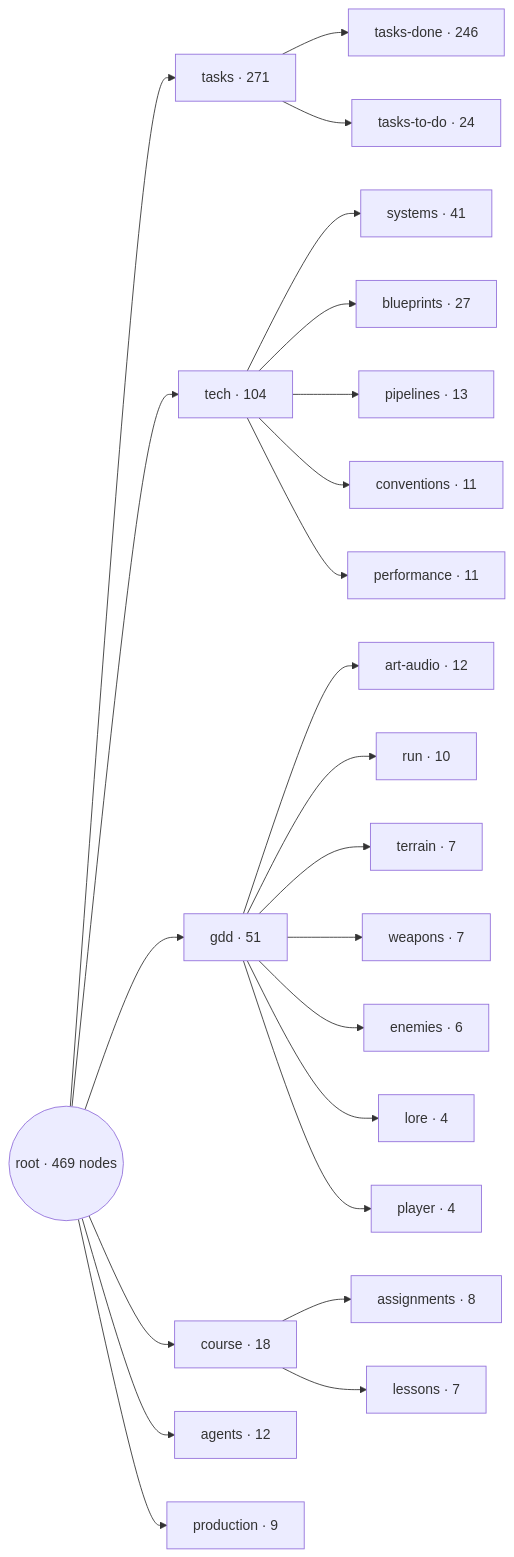
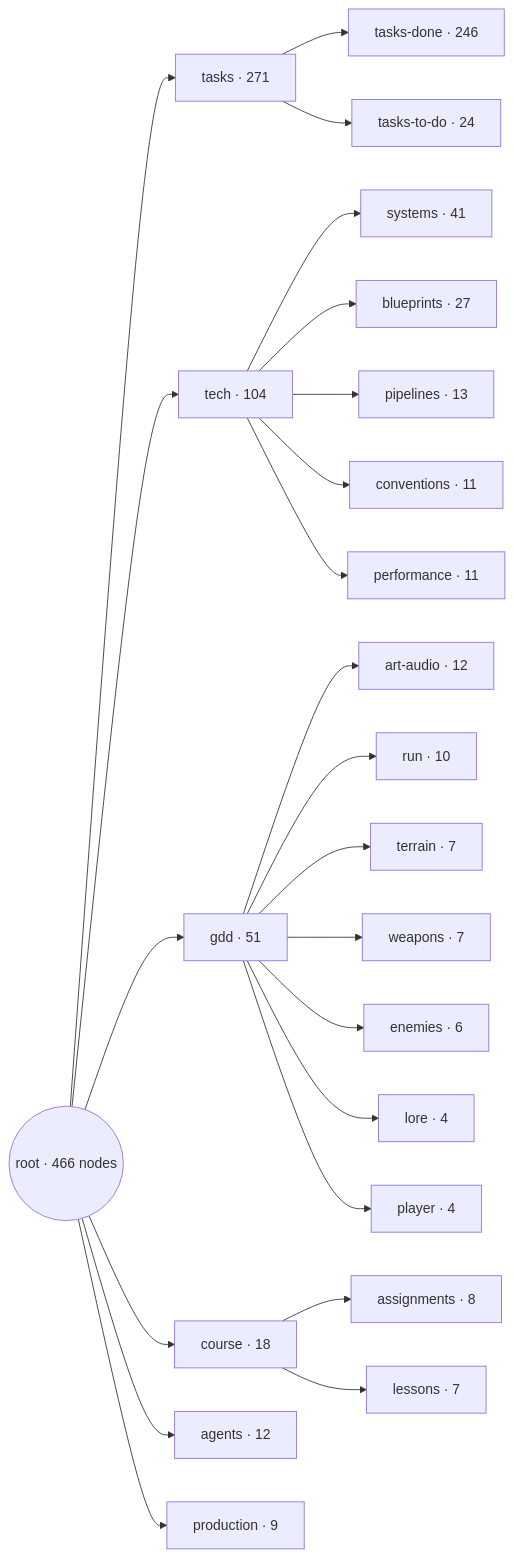
Before and after one commit to soumois/RogueRigs: the first of 2 diagrams in README.md, drawn with Mermaid. The commit also changed other lines of this file and 1 other file, not shown here.

Commit message:
vault-map.js: same node count as lint
Claude-Session: https://claude.ai/code/session_01Bf6qcj19fED3nu2iQG16PG

````diff
--- a/README.md
+++ b/README.md
@@ -19,26 +19,26 @@
 ```mermaid
 flowchart LR
-  root(("root · 469 nodes"))
+  root(("root · 466 nodes"))
   root --> tasks_index["tasks · 271"]
   tasks_index --> tasks_done_index["tasks-done · 246"]
   tasks_index --> tasks_to_do_index["tasks-to-do · 24"]
   root --> tech_index["tech · 104"]
   tech_index --> systems_index["systems · 41"]
   tech_index --> blueprints_index["blueprints · 27"]
   tech_index --> pipelines_index["pipelines · 13"]
   tech_index --> conventions_index["conventions · 11"]
   tech_index --> performance_index["performance · 11"]
   root --> gdd_index["gdd · 51"]
   gdd_index --> art_audio_index["art-audio · 12"]
   gdd_index --> run_index["run · 10"]
   gdd_index --> terrain_index["terrain · 7"]
   gdd_index --> weapons_index["weapons · 7"]
   gdd_index --> enemies_index["enemies · 6"]
   gdd_index --> lore["lore · 4"]
   gdd_index --> player_index["player · 4"]
   root --> course_index["course · 18"]
   course_index --> assignments_index["assignments · 8"]
   course_index --> lessons_index["lessons · 7"]
   root --> agents_index["agents · 12"]
   root --> production_index["production · 9"]
 ```
````
